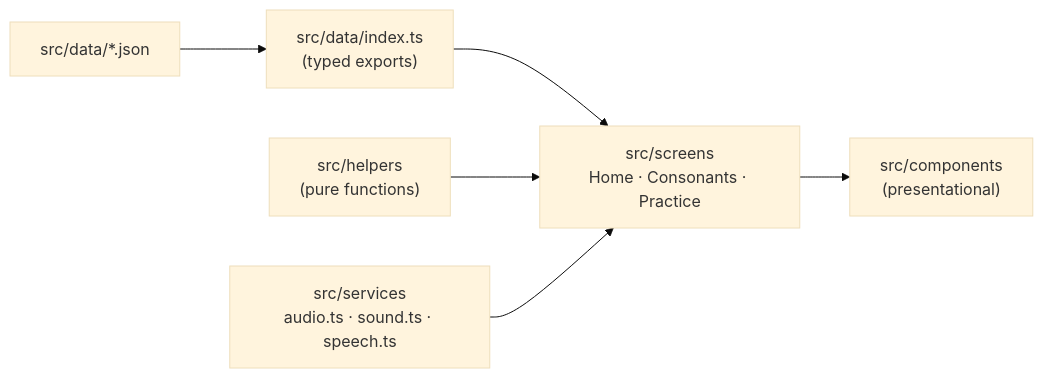
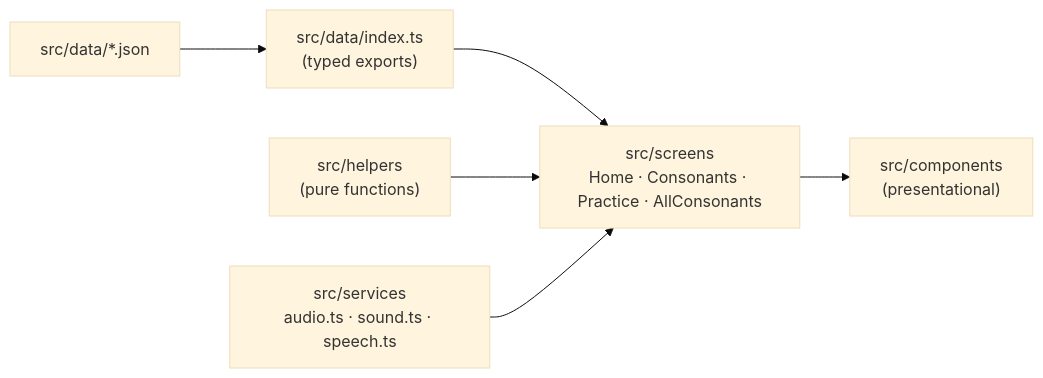
The first of 2 diagrams in docs/architecture.md (MinHan-Kyaw/thai-learning), drawn with Mermaid (base theme) before and after one commit. The commit also changed other lines of this file and 6 other files, not shown here.

First line of the commit message:
Add a hidden /all page with all 44 consonants on one screen

````diff
--- a/docs/architecture.md
+++ b/docs/architecture.md
@@ -14,8 +14,8 @@
 ```mermaid
 flowchart LR
   JSON["src/data/*.json"] --> Loader["src/data/index.ts<br/>(typed exports)"]
   Loader --> Screens
   Helpers["src/helpers<br/>(pure functions)"] --> Screens
   Services["src/services<br/>audio.ts · sound.ts · speech.ts"] --> Screens
-  Screens["src/screens<br/>Home · Consonants · Practice"] --> Components["src/components<br/>(presentational)"]
+  Screens["src/screens<br/>Home · Consonants · Practice · AllConsonants"] --> Components["src/components<br/>(presentational)"]
 ```
````
